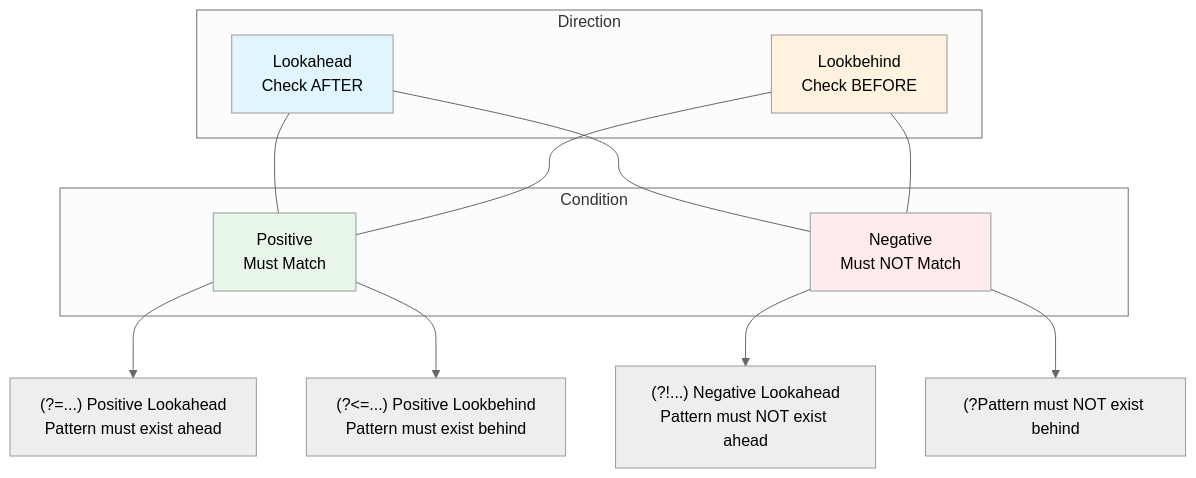
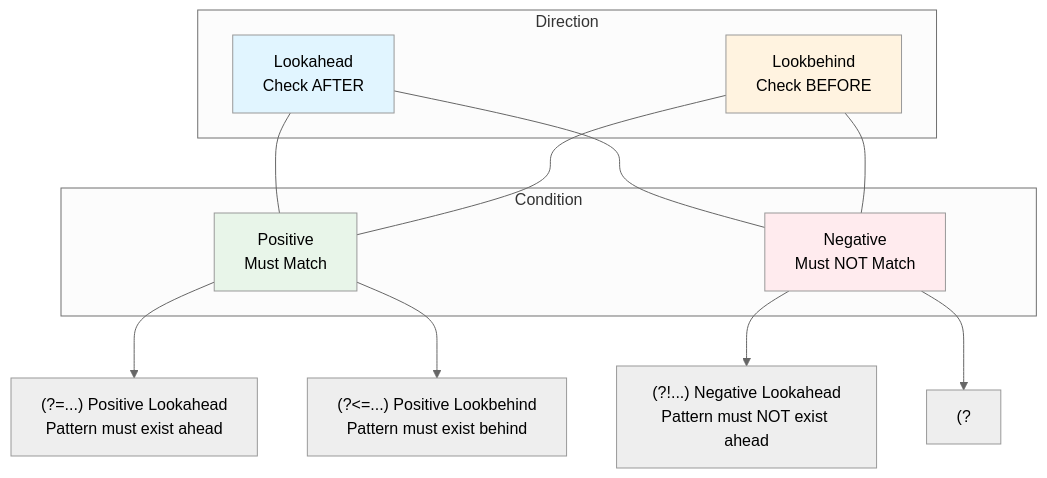
One commit to iepathos/ripgrep changed the second of 3 diagrams in docs/advanced-patterns/lookaround.md. Above: the diagram before and after it, drawn with Mermaid (neutral theme). The commit also changed other lines of this file and 49 other files, not shown here.

First line of the commit message:
fix: replace HTML tags in Mermaid diagrams with proper syntax

````diff
--- a/docs/advanced-patterns/lookaround.md
+++ b/docs/advanced-patterns/lookaround.md
@@ -49,27 +49,35 @@
 ```mermaid
 graph TD
     subgraph Direction
-        LA[Lookahead<br/>Check AFTER]
-        LB[Lookbehind<br/>Check BEFORE]
+        LA["Lookahead
+Check AFTER"]
+        LB["Lookbehind
+Check BEFORE"]
     end
 
     subgraph Condition
-        POS[Positive<br/>Must Match]
-        NEG[Negative<br/>Must NOT Match]
+        POS["Positive
+Must Match"]
+        NEG["Negative
+Must NOT Match"]
     end
 
     LA --- POS
     LA --- NEG
     LB --- POS
     LB --- NEG
 
-    POS --> P1["(?=...) Positive Lookahead<br/>Pattern must exist ahead"]
-    NEG --> N1["(?!...) Negative Lookahead<br/>Pattern must NOT exist ahead"]
-    POS --> P2["(?<=...) Positive Lookbehind<br/>Pattern must exist behind"]
-    NEG --> N2["(?<!...) Negative Lookbehind<br/>Pattern must NOT exist behind"]
+    POS --> P1["(?=...) Positive Lookahead
+Pattern must exist ahead"]
+    NEG --> N1["(?!...) Negative Lookahead
+Pattern must NOT exist ahead"]
+    POS --> P2["(?<=...) Positive Lookbehind
+Pattern must exist behind"]
+    NEG --> N2["(?<!...) Negative Lookbehind
+Pattern must NOT exist behind"]
 
     style LA fill:#e1f5ff
     style LB fill:#fff3e0
     style POS fill:#e8f5e9
     style NEG fill:#ffebee
 ```
````
